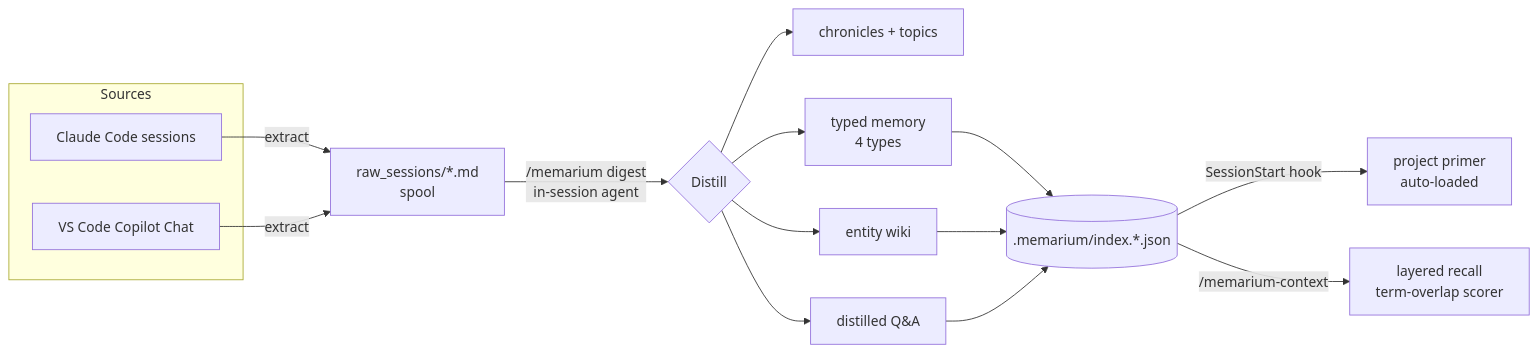
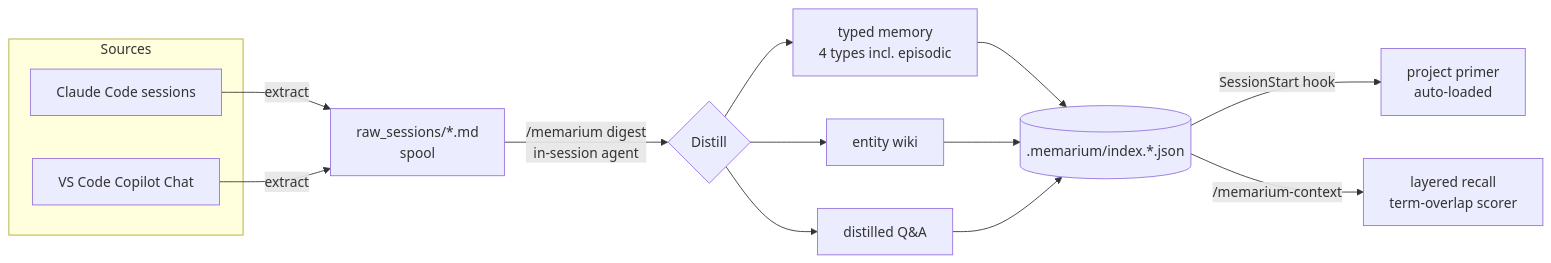
The first of 2 diagrams in README.md (june9593/memarium-plugin), drawn with Mermaid before and after one commit. The commit also changed other lines of this file and 5 other files, not shown here.

````diff
--- a/README.md
+++ b/README.md
@@ -17,16 +17,15 @@
 ```mermaid
 flowchart LR
   subgraph Sources
     A[Claude Code sessions]
     B[VS Code Copilot Chat]
   end
   A & B -->|extract| SP[raw_sessions/*.md<br/>spool]
   SP -->|/memarium digest<br/>in-session agent| D{Distill}
-  D --> CH[chronicles + topics]
-  D --> M[typed memory<br/>4 types]
+  D --> M[typed memory<br/>4 types incl. episodic]
   D --> E[entity wiki]
   D --> Q[distilled Q&A]
   M & E & Q --> IDX[(.memarium/index.*.json)]
   IDX -->|SessionStart hook| P[project primer<br/>auto-loaded]
   IDX -->|/memarium-context| R[layered recall<br/>term-overlap scorer]
 ```
````
